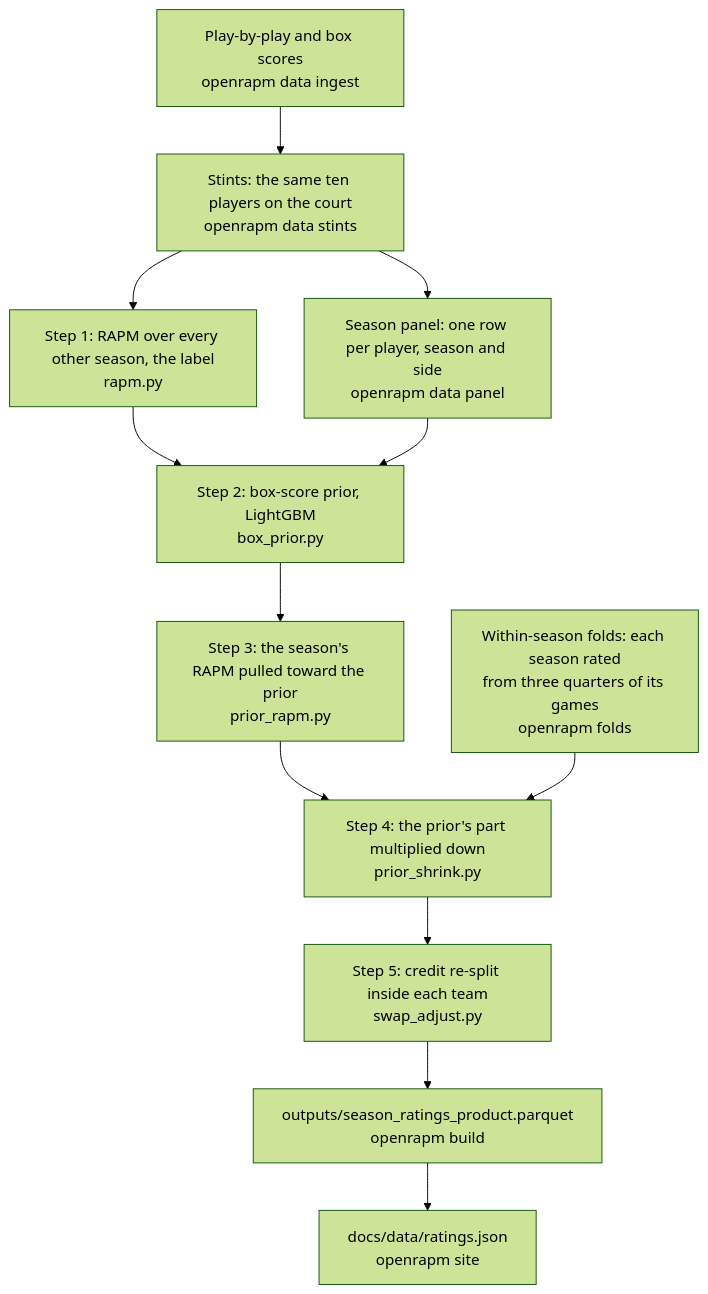
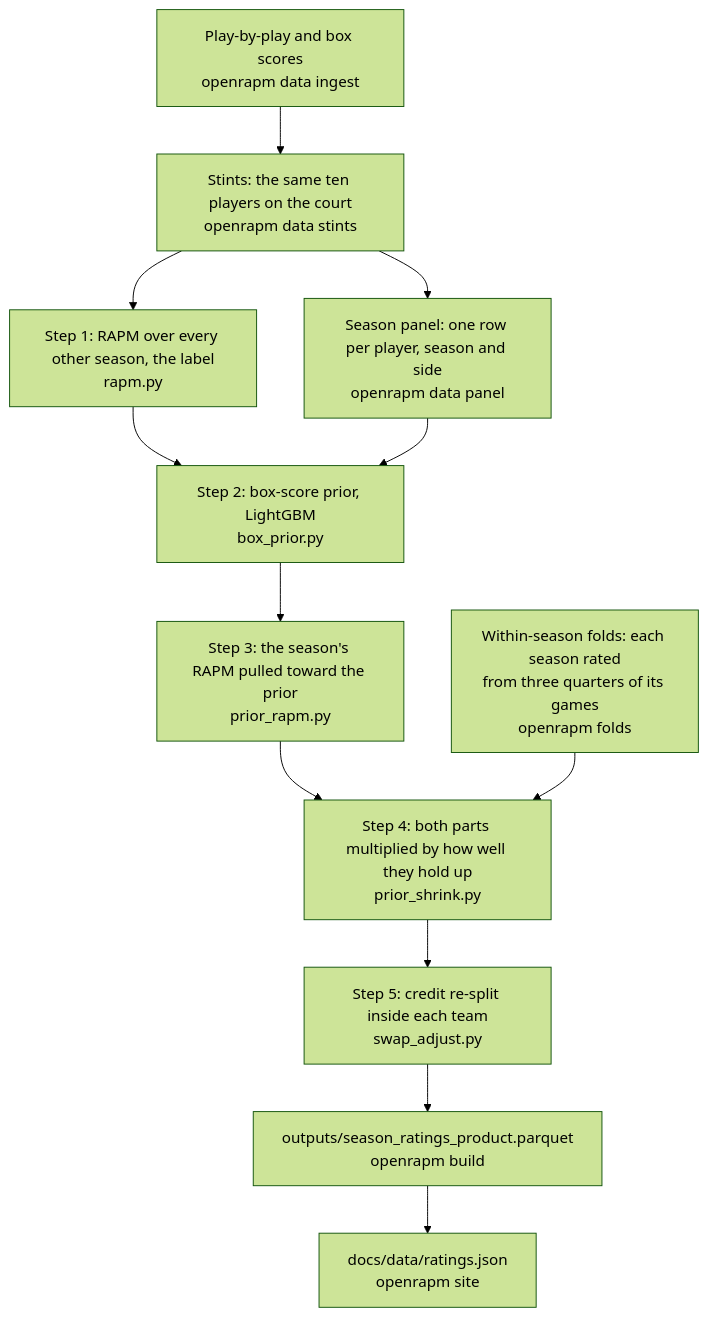
One commit to bbstats/openrapm changed the diagram in README.md. Above: the diagram before and after it, drawn with Mermaid (forest theme). The commit also changed other lines of this file and 59 other files, not shown here.

First line of the commit message:
Adopt and publish experiment 65: step 4 multiplies the games' part too

````diff
--- a/README.md
+++ b/README.md
@@ -67,14 +67,14 @@
 ```mermaid
 flowchart TD
     RAW["Play-by-play and box scores<br/>openrapm data ingest"] --> ST["Stints: the same ten players on the court<br/>openrapm data stints"]
     ST --> PAN["Season panel: one row per player, season and side<br/>openrapm data panel"]
     ST --> S1["Step 1: RAPM over every other season, the label<br/>rapm.py"]
     S1 --> S2["Step 2: box-score prior, LightGBM<br/>box_prior.py"]
     PAN --> S2
     S2 --> S3["Step 3: the season's RAPM pulled toward the prior<br/>prior_rapm.py"]
-    S3 --> S4["Step 4: the prior's part multiplied down<br/>prior_shrink.py"]
+    S3 --> S4["Step 4: both parts multiplied by how well they hold up<br/>prior_shrink.py"]
     FOLDS["Within-season folds: each season rated<br/>from three quarters of its games<br/>openrapm folds"] --> S4
     S4 --> S5["Step 5: credit re-split inside each team<br/>swap_adjust.py"]
     S5 --> OUT["outputs/season_ratings_product.parquet<br/>openrapm build"]
     OUT --> SITE["docs/data/ratings.json<br/>openrapm site"]
 ```
````
